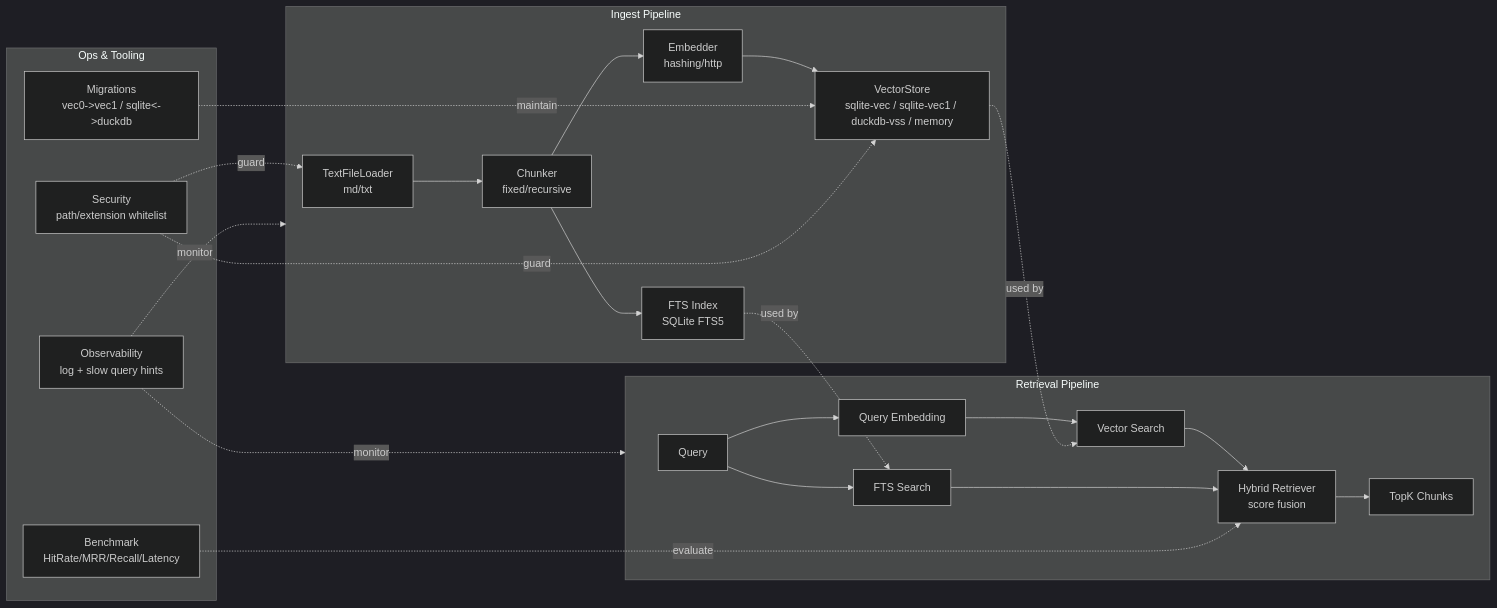
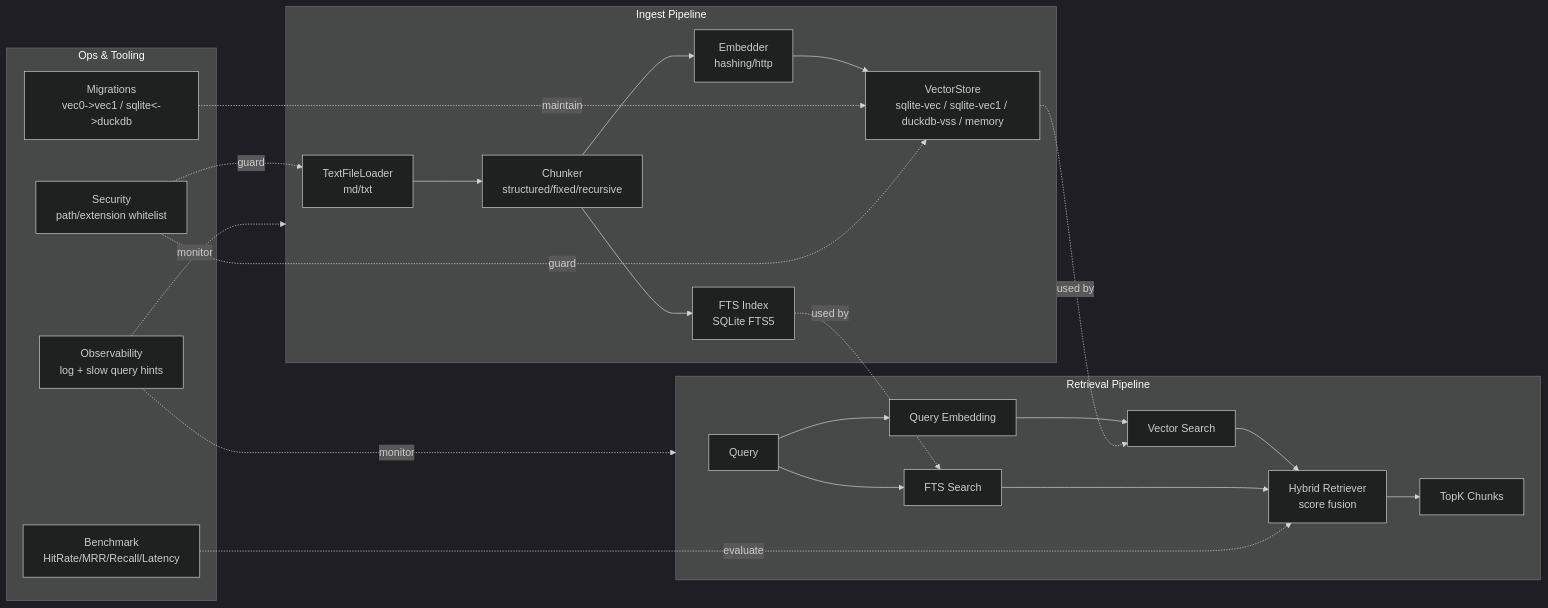
Before and after one commit to yeyixiang2007/YFanRAG: the first of 2 diagrams in README.md, drawn with Mermaid (dark theme). The commit also changed other lines of this file and 8 other files, not shown here.

````diff
--- a/README.md
+++ b/README.md
@@ -16,34 +17,34 @@
 ```mermaid
 flowchart LR
   subgraph Ingest["Ingest Pipeline"]
-    L["TextFileLoader<br/>md/txt"] --> C["Chunker<br/>fixed/recursive"]
+    L["TextFileLoader<br/>md/txt"] --> C["Chunker<br/>structured/fixed/recursive"]
     C --> E["Embedder<br/>hashing/http"]
     E --> V["VectorStore<br/>sqlite-vec / sqlite-vec1 / duckdb-vss / memory"]
     C --> F["FTS Index<br/>SQLite FTS5"]
   end
 
   subgraph Retrieve["Retrieval Pipeline"]
     Q["Query"] --> QE["Query Embedding"]
     QE --> VR["Vector Search"]
     Q --> FR["FTS Search"]
     VR --> H["Hybrid Retriever<br/>score fusion"]
     FR --> H
     H --> O["TopK Chunks"]
   end
 
   subgraph Ops["Ops & Tooling"]
     B["Benchmark<br/>HitRate/MRR/Recall/Latency"]
     M["Migrations<br/>vec0->vec1 / sqlite<->duckdb"]
     S["Security<br/>path/extension whitelist"]
     LOG["Observability<br/>log + slow query hints"]
   end
 
   V -. used by .-> VR
   F -. used by .-> FR
   B -. evaluate .-> H
   M -. maintain .-> V
   S -. guard .-> L
   S -. guard .-> V
   LOG -. monitor .-> Ingest
   LOG -. monitor .-> Retrieve
 ```
````
